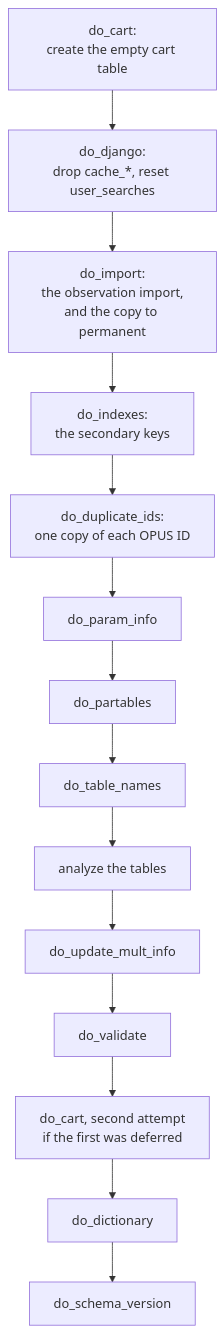
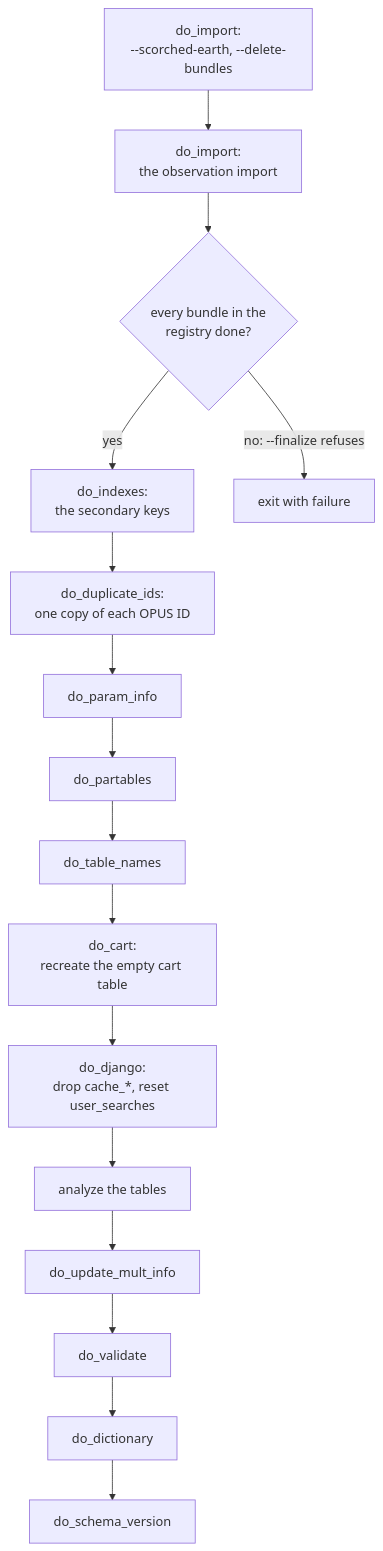
One commit to SETI/rms-opus changed the diagram in docs/dev_guide_import_steps.rst. Above: the diagram before and after it, drawn with Mermaid. The commit also changed other lines of this file and 96 other files, not shown here.

```diff
--- a/docs/dev_guide_import_steps.rst
+++ b/docs/dev_guide_import_steps.rst
@@ -19,21 +19,23 @@
 .. mermaid::
     :zoom:
 
     flowchart TD
-        C1[do_cart:<br/>create the empty cart table]
-        C2[do_django:<br/>drop cache_*, reset user_searches]
-        I[do_import:<br/>the observation import,<br/>and the copy to permanent]
+        SE["do_import:<br/>--scorched-earth, --delete-bundles"]
+        I[do_import:<br/>the observation import]
+        R{every bundle in the<br/>registry done?}
         K[do_indexes:<br/>the secondary keys]
         DU[do_duplicate_ids:<br/>one copy of each OPUS ID]
         P[do_param_info]
         PT[do_partables]
         TN[do_table_names]
+        C[do_cart:<br/>recreate the empty cart table]
+        DJ[do_django:<br/>drop cache_*, reset user_searches]
         A[analyze the tables]
         UM[do_update_mult_info]
         V[do_validate]
-        C3[do_cart, second attempt<br/>if the first was deferred]
         D[do_dictionary]
         SV[do_schema_version]
 
-        C1 --> C2 --> I
-        I --> K --> DU --> P --> PT --> TN --> A --> UM --> V --> C3 --> D --> SV
+        SE --> I --> R
+        R -->|yes| K --> DU --> P --> PT --> TN --> C --> DJ --> A --> UM --> V --> D --> SV
+        R -->|"no: --finalize refuses"| X[exit with failure]
```
